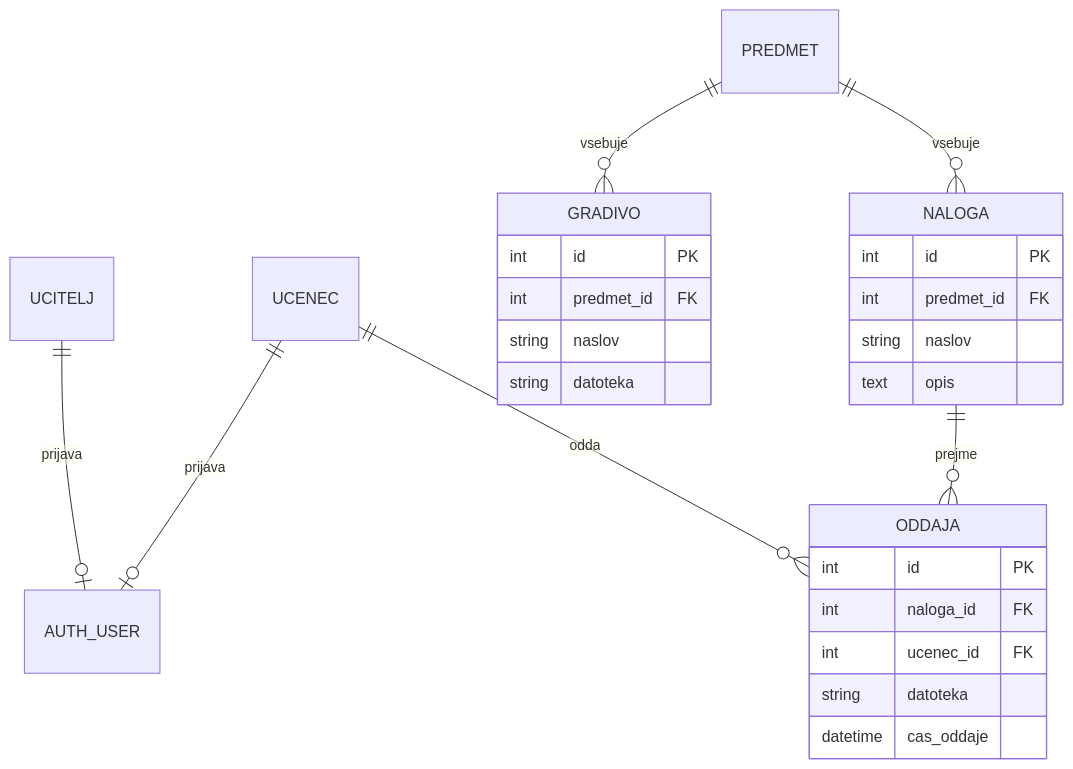
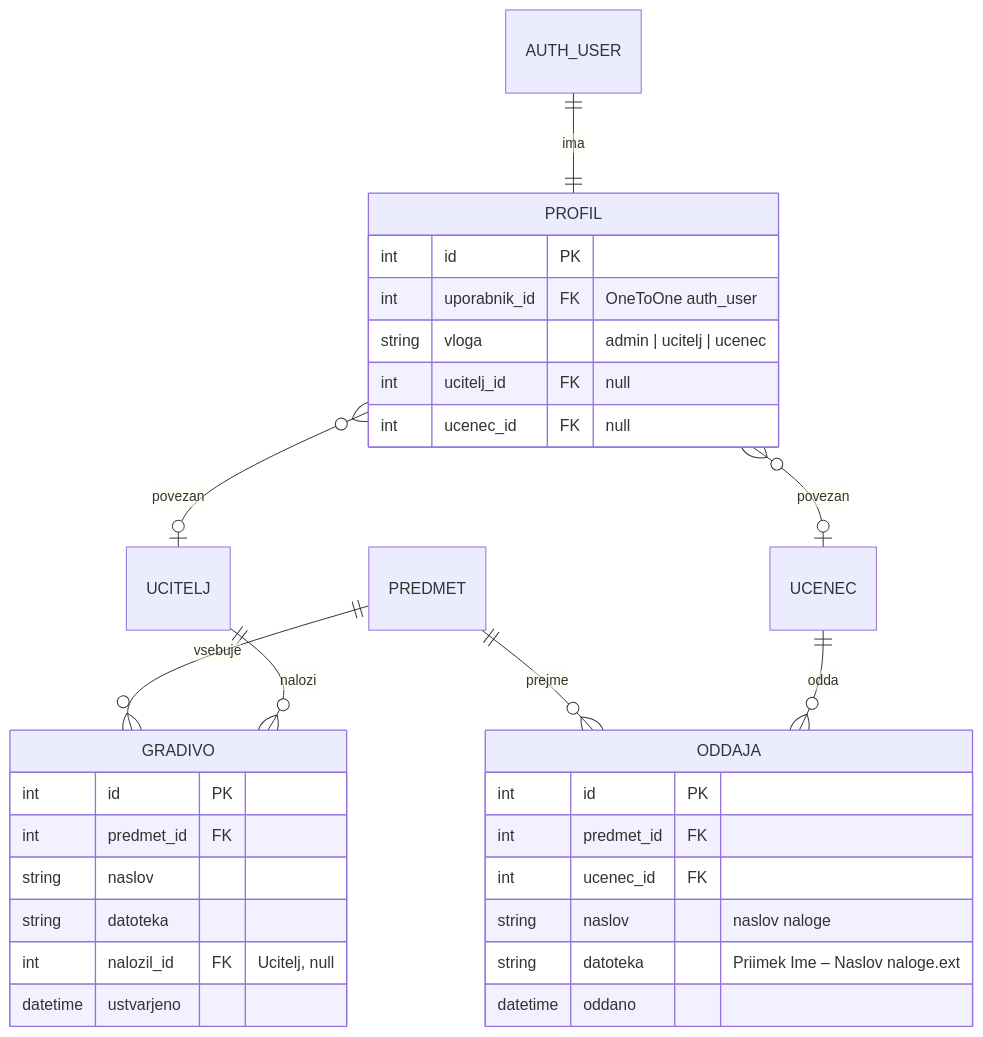
One commit to MitjaJancic/solski_sistem changed the second of 2 diagrams in dokumentacija/er-diagram.md. Above: the diagram before and after it, drawn with Mermaid. The commit also changed other lines of this file and 42 other files, not shown here.

````diff
--- a/dokumentacija/er-diagram.md
+++ b/dokumentacija/er-diagram.md
@@ -49,29 +49,34 @@
 ```mermaid
 erDiagram
-    UCITELJ ||--o| AUTH_USER : prijava
-    UCENEC ||--o| AUTH_USER : prijava
+    AUTH_USER ||--|| PROFIL : ima
+    PROFIL }o--o| UCITELJ : povezan
+    PROFIL }o--o| UCENEC : povezan
     PREDMET ||--o{ GRADIVO : vsebuje
-    PREDMET ||--o{ NALOGA : vsebuje
+    UCITELJ ||--o{ GRADIVO : nalozi
+    PREDMET ||--o{ ODDAJA : prejme
     UCENEC ||--o{ ODDAJA : odda
-    NALOGA ||--o{ ODDAJA : prejme
 
+    PROFIL {
+        int id PK
+        int uporabnik_id FK "OneToOne auth_user"
+        string vloga "admin | ucitelj | ucenec"
+        int ucitelj_id FK "null"
+        int ucenec_id FK "null"
+    }
     GRADIVO {
         int id PK
         int predmet_id FK
         string naslov
         string datoteka
-    }
-    NALOGA {
-        int id PK
-        int predmet_id FK
-        string naslov
-        text opis
+        int nalozil_id FK "Ucitelj, null"
+        datetime ustvarjeno
     }
     ODDAJA {
         int id PK
-        int naloga_id FK
+        int predmet_id FK
         int ucenec_id FK
-        string datoteka
-        datetime cas_oddaje
+        string naslov "naslov naloge"
+        string datoteka "Priimek Ime – Naslov naloge.ext"
+        datetime oddano
     }
 ```
````
